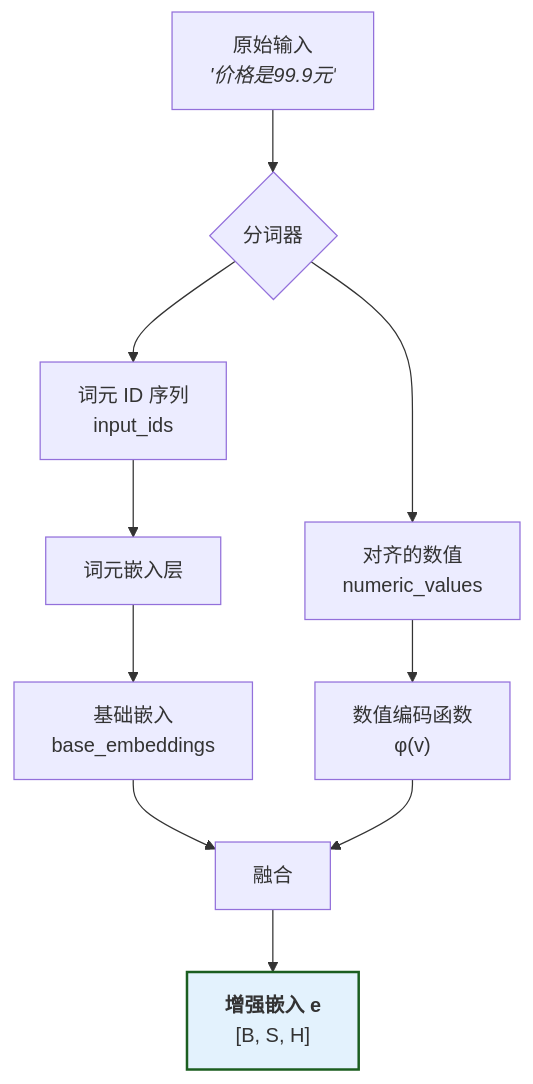
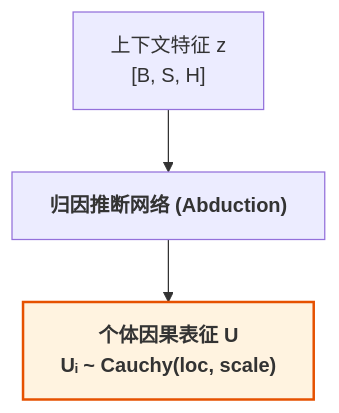
Before and after one commit to 1587causalai/CausalQwen: the second of 8 diagrams in docs/mathematical_foundations.md, drawn with Mermaid. The commit also changed other lines of this file and 1 other file, not shown here.

````diff
--- a/docs/mathematical_foundations.md
+++ b/docs/mathematical_foundations.md
@@ -363,16 +116,7 @@
 ```mermaid
 graph TD
-    A["原始输入<br><i>'价格是99.9元'</i>"] --> B{"分词器"};
-    B --> C["词元 ID 序列<br>input_ids"];
-    B --> D["对齐的数值<br>numeric_values"];
-    
-    C --> E["词元嵌入层"];
-    E --> F["基础嵌入<br>base_embeddings"];
-    
-    D --> G["数值编码函数<br>φ(v)"];
-    
-    F & G --> H["融合"];
-    H --> I["<b>增强嵌入 e</b><br>[B, S, H]"];
+    A["上下文特征 z<br>[B, S, H]"] --> B["<b>归因推断网络 (Abduction)</b>"];
+    B --> C["<b>个体因果表征 U<br>Uᵢ ~ Cauchy(loc, scale)</b>"];
 
-    style I fill:#e3f2fd,stroke:#1b5e20,stroke-width:2px
+    style C fill:#fff3e0,stroke:#e65100,stroke-width:2px
 ```
````
